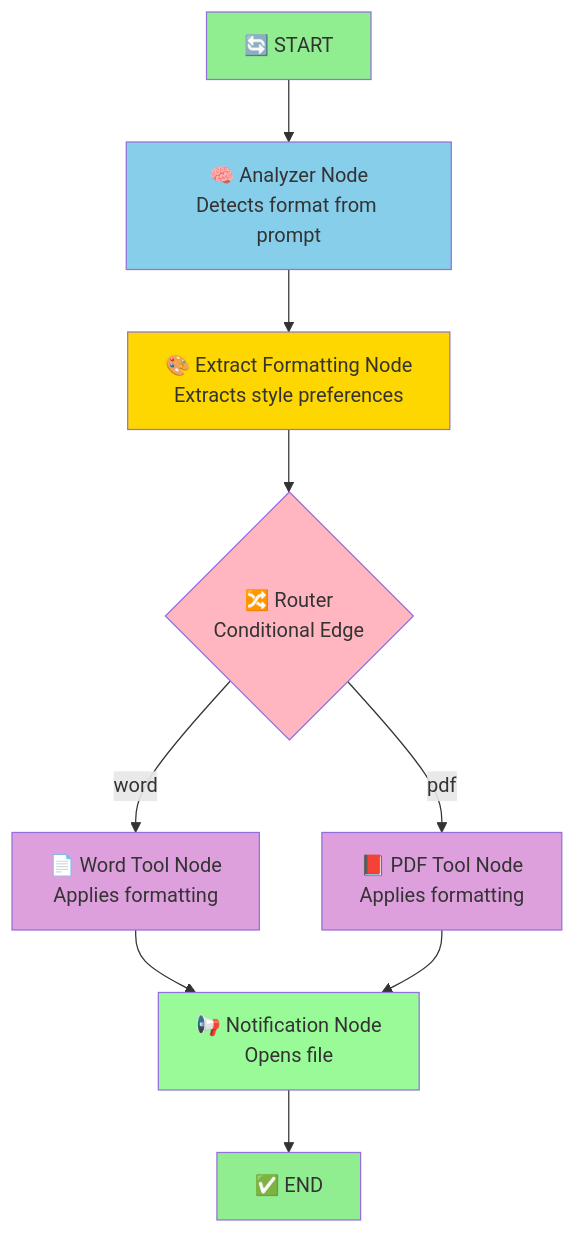
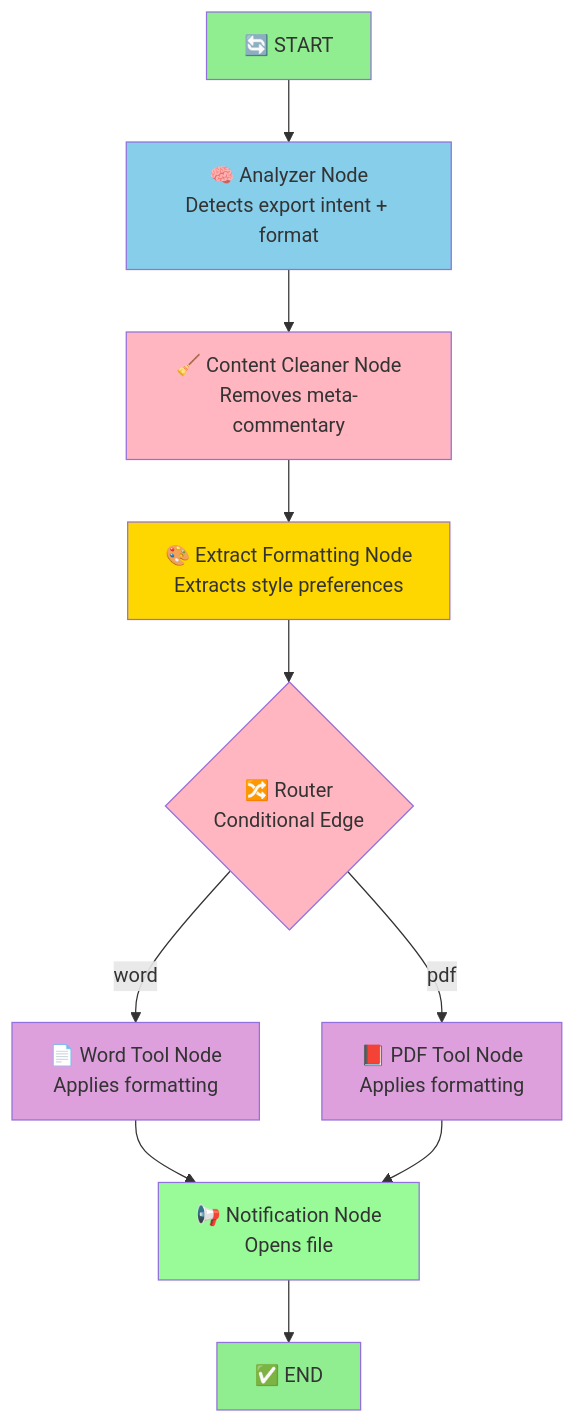
One commit to Tarbo/agent-forge changed the diagram in README.md. Above: the diagram before and after it, drawn with Mermaid. The commit also changed other lines of this file, not shown here.

Commit message:
Revise README.md to reflect rebranding to 'AgentForge' and enhance descriptions of features, workflows, and privacy benefits. Update the chat interface details, export formats, and roadmap for future enhancements, emphasizing the tool's capabilities for enterprises and regulated industries.

````diff
--- a/README.md
+++ b/README.md
@@ -30,23 +49,25 @@
 ```mermaid
 graph TB
-    A[🔄 START] --> B[🧠 Analyzer Node<br/>Detects format from prompt]
-    B --> C[🎨 Extract Formatting Node<br/>Extracts style preferences]
-    C --> D{🔀 Router<br/>Conditional Edge}
+    A[🔄 START] --> B[🧠 Analyzer Node<br/>Detects export intent + format]
+    B --> C[🧹 Content Cleaner Node<br/>Removes meta-commentary]
+    C --> D[🎨 Extract Formatting Node<br/>Extracts style preferences]
+    D --> E{🔀 Router<br/>Conditional Edge}
     
-    D -->|"word"| E1[📄 Word Tool Node<br/>Applies formatting]
-    D -->|"pdf"| E2[📕 PDF Tool Node<br/>Applies formatting]
+    E -->|"word"| F1[📄 Word Tool Node<br/>Applies formatting]
+    E -->|"pdf"| F2[📕 PDF Tool Node<br/>Applies formatting]
     
-    E1 --> F[📢 Notification Node<br/>Opens file]
-    E2 --> F
+    F1 --> G[📢 Notification Node<br/>Opens file]
+    F2 --> G
     
-    F --> G[✅ END]
+    G --> H[✅ END]
     
     style A fill:#90EE90
     style B fill:#87CEEB
-    style C fill:#FFD700
-    style D fill:#FFB6C1
-    style E1 fill:#DDA0DD
-    style E2 fill:#DDA0DD
-    style F fill:#98FB98
-    style G fill:#90EE90
+    style C fill:#FFB6C1
+    style D fill:#FFD700
+    style E fill:#FFB6C1
+    style F1 fill:#DDA0DD
+    style F2 fill:#DDA0DD
+    style G fill:#98FB98
+    style H fill:#90EE90
 ```
````
